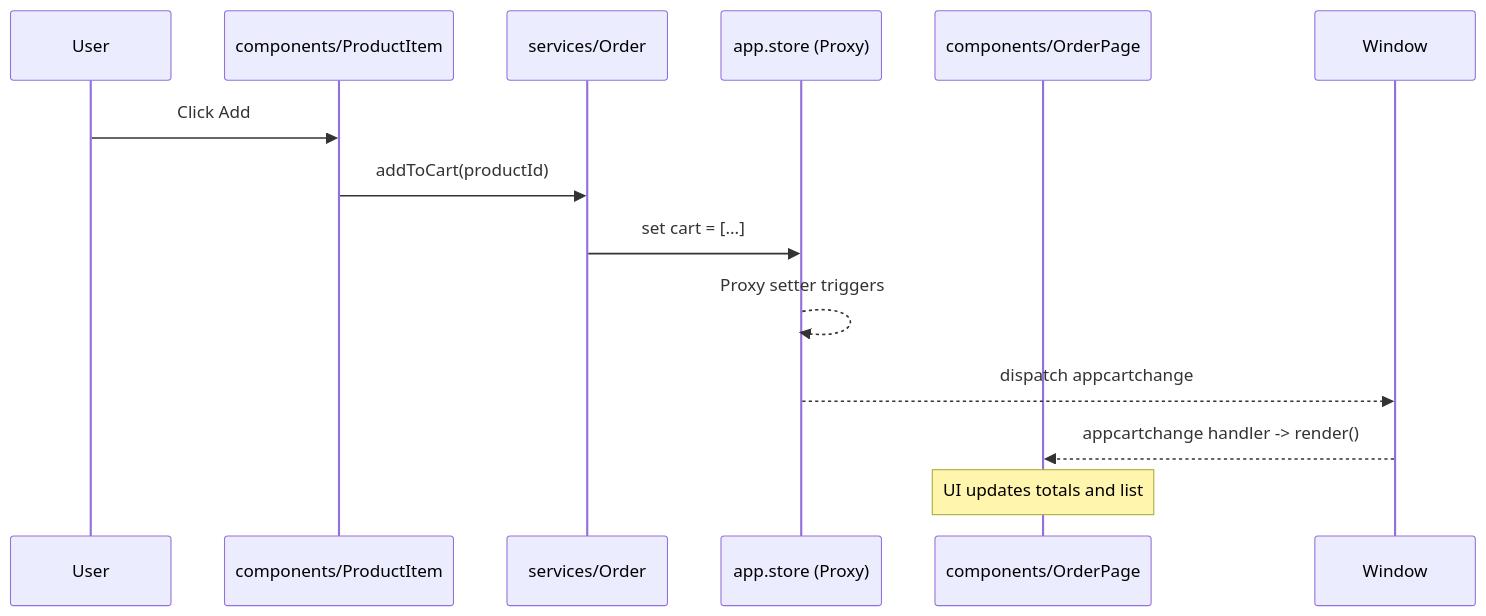
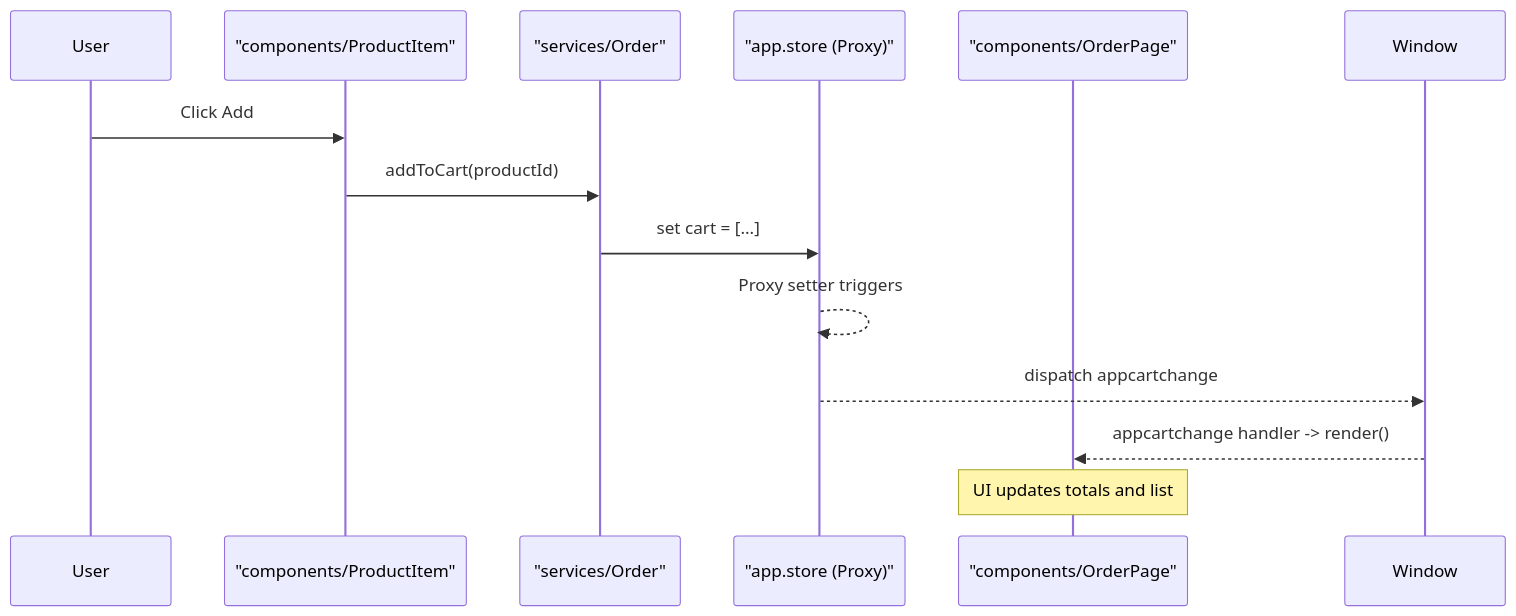
The third of 3 diagrams in README.md (Shinkei/spa-web-patterns), drawn with Mermaid before and after one commit. The commit also changed other lines of this file and 1 other file, not shown here.

````diff
--- a/README.md
+++ b/README.md
@@ -96,16 +100,16 @@
 ```mermaid
 sequenceDiagram
   participant U as User
-  participant PI as components/ProductItem
-  participant Order as services/Order
-  participant Store as app.store (Proxy)
-  participant OP as components/OrderPage
+  participant PI as "components/ProductItem"
+  participant Order as "services/Order"
+  participant Store as "app.store (Proxy)"
+  participant OP as "components/OrderPage"
 
   U->>PI: Click Add
   PI->>Order: addToCart(productId)
   Order->>Store: set cart = [...]
   Store-->>Store: Proxy setter triggers
   Store-->>Window: dispatch appcartchange
   Window-->>OP: appcartchange handler -> render()
   Note over OP: UI updates totals and list
 ```
````
